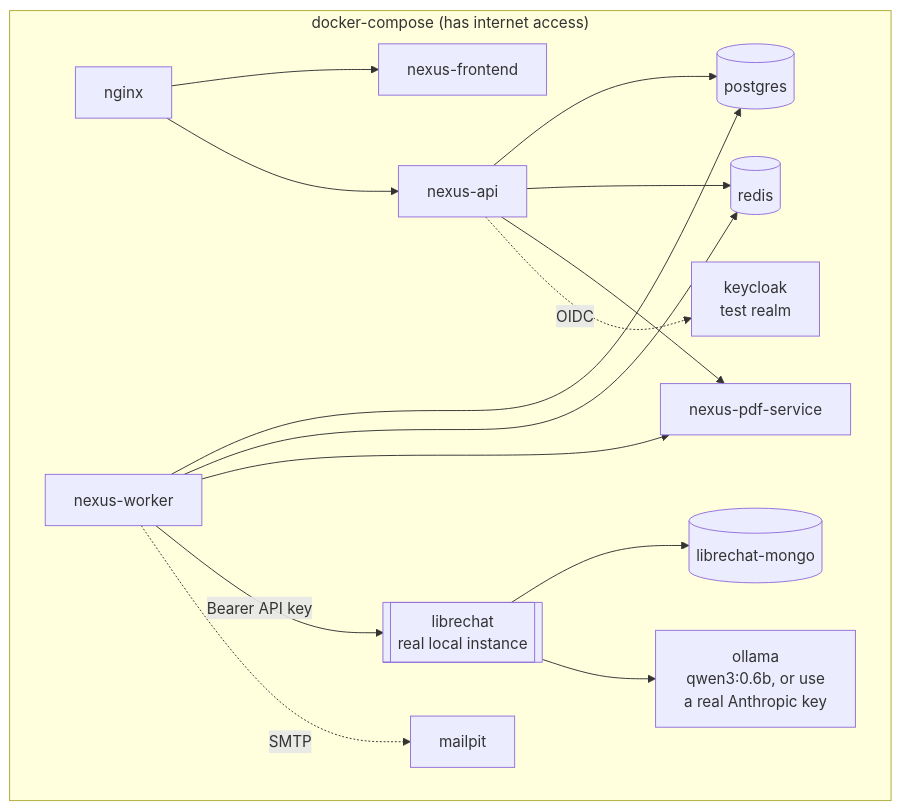
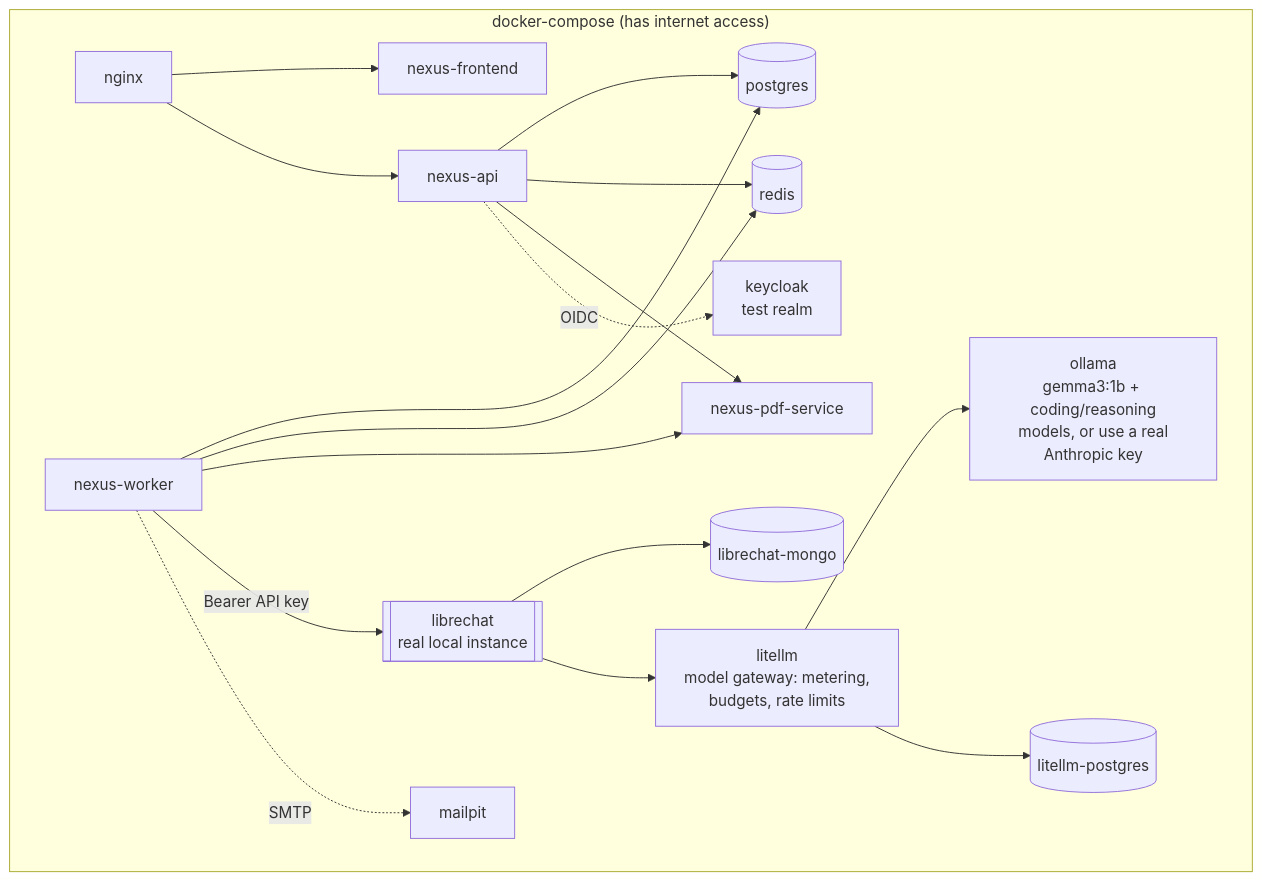
One commit to allamiro/nexus-scheduler changed the sixth of 7 diagrams in ARCHITECTURE.md. Above: the diagram before and after it, drawn with Mermaid. The commit also changed 6 other files, not shown here.

````diff
--- a/ARCHITECTURE.md
+++ b/ARCHITECTURE.md
@@ -271,31 +271,35 @@
 ```mermaid
 flowchart TB
     subgraph compose["docker-compose (has internet access)"]
         NGINX2[nginx]
         API2[nexus-api]
         W2[nexus-worker]
         FE2[nexus-frontend]
         PDF2[nexus-pdf-service]
         PG2[(postgres)]
         REDIS2[(redis)]
         KC2[keycloak<br/>test realm]
         MAIL[mailpit]
         LC2[[librechat<br/>real local instance]]
         MONGO2[(librechat-mongo)]
-        OLLAMA2[ollama<br/>qwen3:0.6b, or use<br/>a real Anthropic key]
+        LITELLM2[litellm<br/>model gateway: metering,<br/>budgets, rate limits]
+        LLPG2[(litellm-postgres)]
+        OLLAMA2[ollama<br/>gemma3:1b + coding/reasoning<br/>models, or use a real<br/>Anthropic key]
     end
 
     NGINX2 --> FE2
     NGINX2 --> API2
     API2 --> PG2
     API2 --> REDIS2
     API2 --> PDF2
     W2 --> PG2
     W2 --> REDIS2
     W2 --> PDF2
     W2 -- Bearer API key --> LC2
     LC2 --> MONGO2
-    LC2 --> OLLAMA2
+    LC2 --> LITELLM2
+    LITELLM2 --> OLLAMA2
+    LITELLM2 --> LLPG2
     API2 -. OIDC .-> KC2
     W2 -. SMTP .-> MAIL
 ```
````
